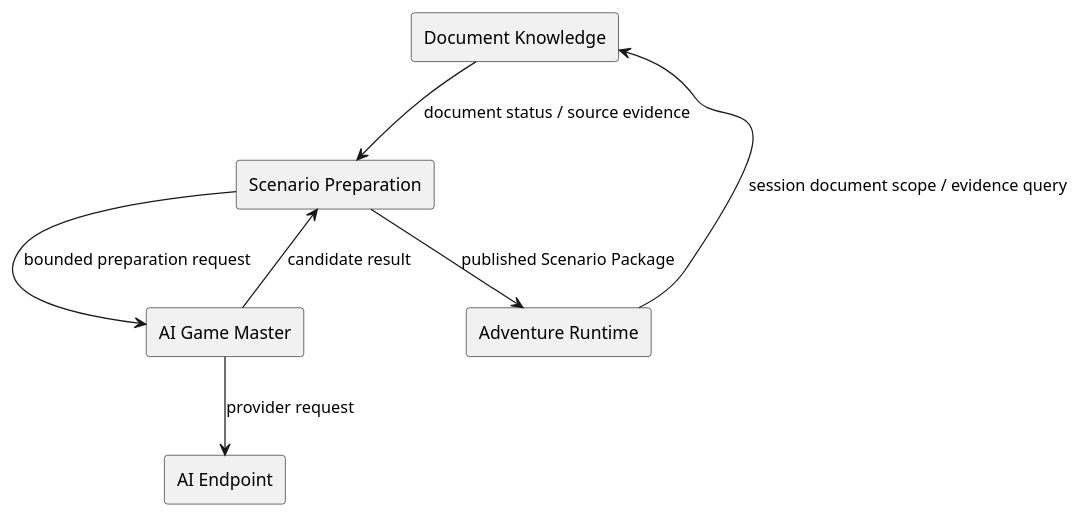
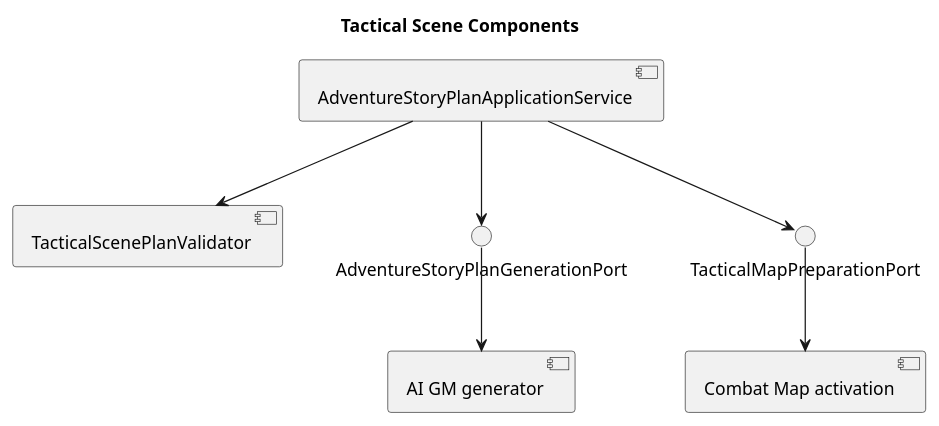
Before and after one commit to omegafrog/dnd-master: the second of 2 diagrams in docs/specs/architecture-spec.md, drawn with PlantUML. The commit also changed other lines of this file and 7 other files, not shown here.

Commit message:
docs: plan tactical scene implementation

````diff
--- a/docs/specs/architecture-spec.md
+++ b/docs/specs/architecture-spec.md
@@ -139,16 +91,16 @@
 ```plantuml
 @startuml
-rectangle "Document Knowledge" as knowledge
-rectangle "Scenario Preparation" as preparation
-rectangle "Adventure Runtime" as runtime
-rectangle "AI Game Master" as gm
-rectangle "AI Endpoint" as endpoint
-
-knowledge --> preparation : document status / source evidence
-preparation --> runtime : published Scenario Package
-preparation --> gm : bounded preparation request
-gm --> preparation : candidate result
-runtime --> knowledge : session document scope / evidence query
-gm --> endpoint : provider request
+title Tactical Scene Components
+component "AdventureStoryPlanApplicationService" as plan
+component "TacticalScenePlanValidator" as validator
+interface "AdventureStoryPlanGenerationPort" as generation
+component "AI GM generator" as ai
+interface "TacticalMapPreparationPort" as mapPort
+component "Combat Map activation" as map
+plan --> generation
+generation --> ai
+plan --> validator
+plan --> mapPort
+mapPort --> map
 @enduml
 ```
````
